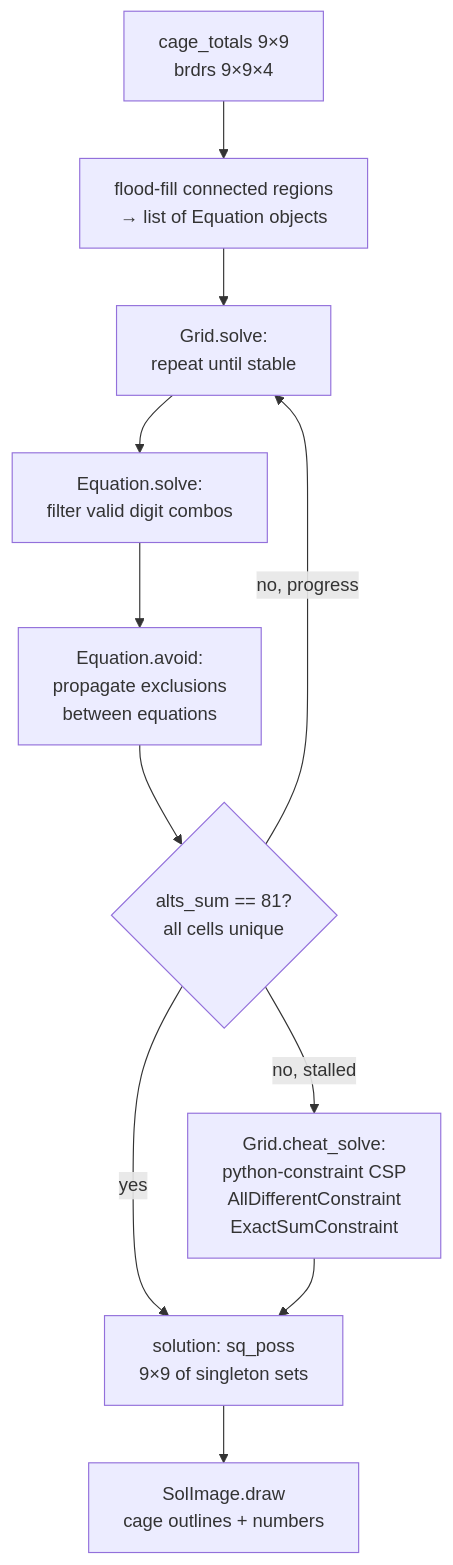
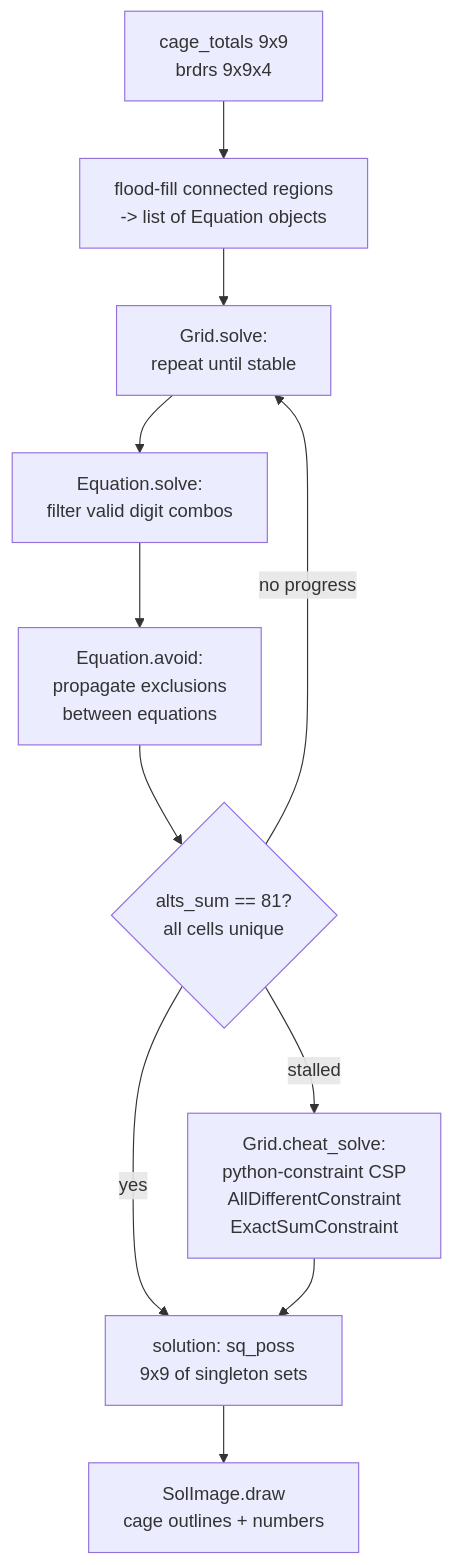
The second of 3 diagrams in docs/architecture.md (gbarrett28/cagedoku), drawn with Mermaid before and after one commit. The commit also changed other lines of this file and 9 other files, not shown here.

First line of the commit message:
docs: restructure architecture.md; add image-pipeline.md; delete completed specs

````diff
--- a/docs/architecture.md
+++ b/docs/architecture.md
@@ -236,13 +106,13 @@
 ```mermaid
 flowchart TD
-    A[cage_totals 9×9\nbrdrs 9×9×4] --> B[flood-fill connected regions\n→ list of Equation objects]
+    A[cage_totals 9x9\nbrdrs 9x9x4] --> B[flood-fill connected regions\n-> list of Equation objects]
     B --> C[Grid.solve:\nrepeat until stable]
     C --> D[Equation.solve:\nfilter valid digit combos]
     D --> E[Equation.avoid:\npropagate exclusions\nbetween equations]
     E --> F{alts_sum == 81?\nall cells unique}
-    F -- yes --> G[solution: sq_poss\n9×9 of singleton sets]
-    F -- no, progress --> C
-    F -- no, stalled --> H[Grid.cheat_solve:\npython-constraint CSP\nAllDifferentConstraint\nExactSumConstraint]
+    F -- yes --> G[solution: sq_poss\n9x9 of singleton sets]
+    F -- no progress --> C
+    F -- stalled --> H[Grid.cheat_solve:\npython-constraint CSP\nAllDifferentConstraint\nExactSumConstraint]
     H --> G
     G --> I[SolImage.draw\ncage outlines + numbers]
 ```
````
